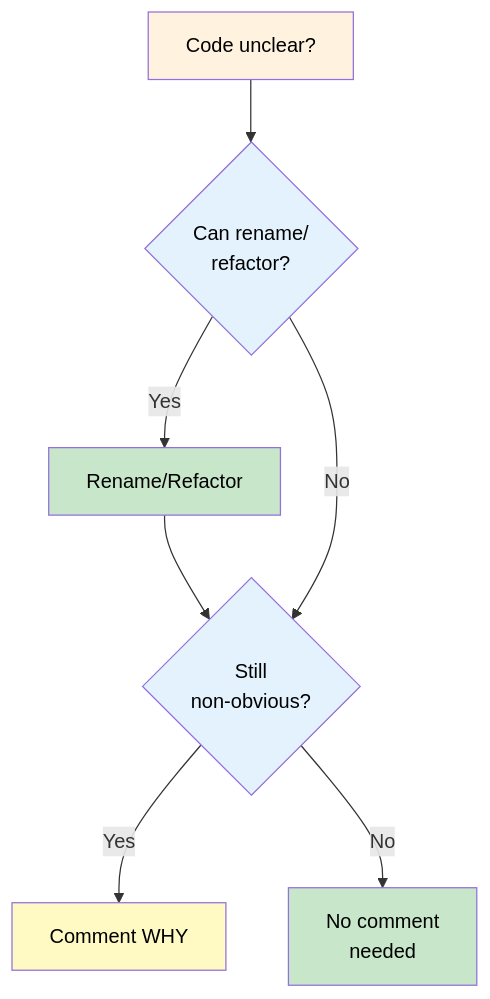
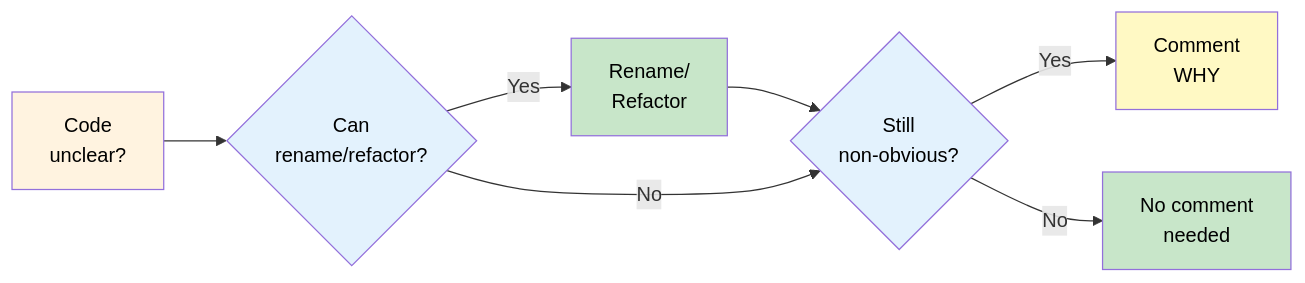
One commit to IndrajeetPatil/to-comment-or-not changed the second of 4 diagrams in index.qmd. Above: the diagram before and after it, drawn with Mermaid. The commit also changed other lines of this file and 1 other file, not shown here.

````diff
--- a/index.qmd
+++ b/index.qmd
@@ -620,18 +608,18 @@
 ```{mermaid}
 %%| eval: true
 %%| echo: false
-flowchart TD
-    A[Code unclear?] --> B{Can rename/<br/>refactor?}
-    B -->|Yes| C[Rename/Refactor]
+flowchart LR
+    A[Code<br/>unclear?] --> B{Can<br/>rename/refactor?}
+    B -->|Yes| C[Rename/<br/>Refactor]
     C --> D{Still<br/>non-obvious?}
     B -->|No| D
-    D -->|Yes| E[Comment WHY]
+    D -->|Yes| E[Comment<br/>WHY]
     D -->|No| F[No comment<br/>needed]
 
     style A fill:#fff3e0,color:#000
     style B fill:#e3f2fd,color:#000
     style C fill:#c8e6c9,color:#000
     style D fill:#e3f2fd,color:#000
     style E fill:#fff9c4,color:#000
     style F fill:#c8e6c9,color:#000
 ```
````
